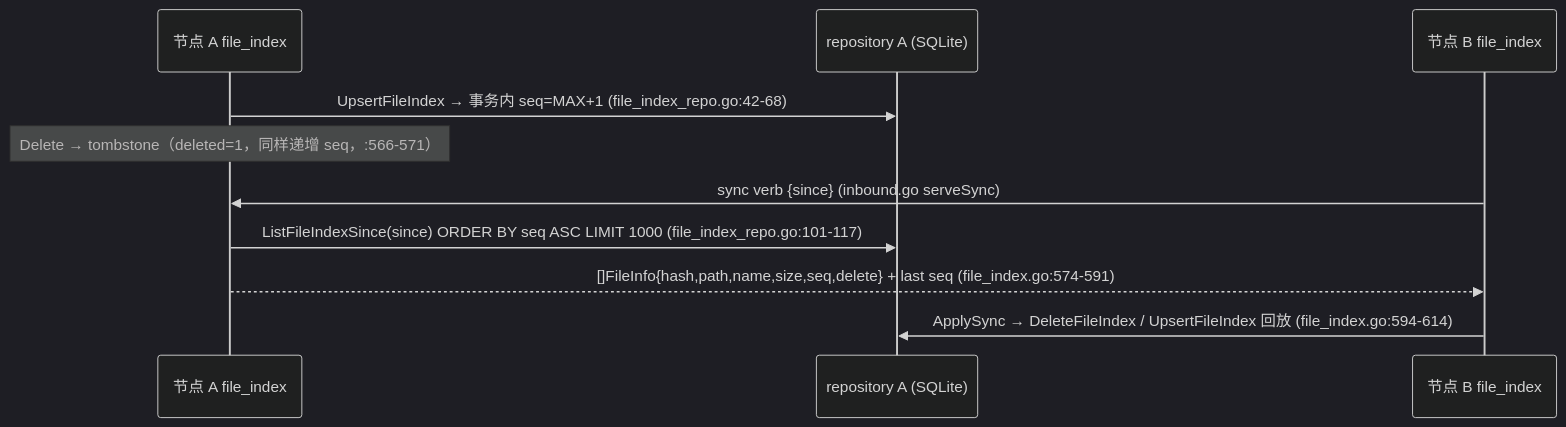
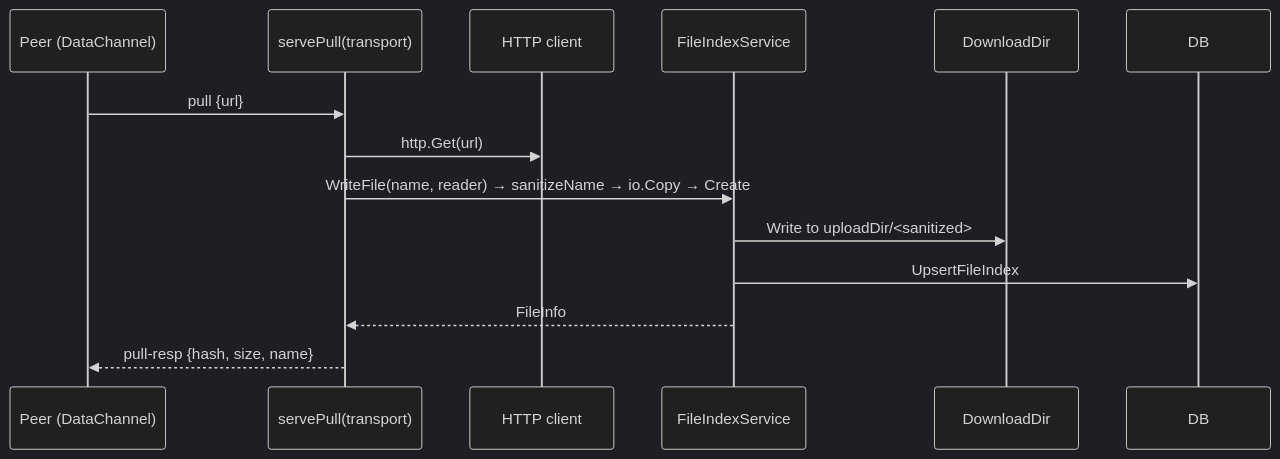
The fourth of 4 diagrams in doc/design/connections/11-transport-storage.md (Hana-ame/peerdrive), drawn with Mermaid (dark theme) before and after one commit. The commit also changed other lines of this file and 357 other files, not shown here.

````diff
--- a/doc/design/connections/11-transport-storage.md
+++ b/doc/design/connections/11-transport-storage.md
@@ -105,13 +157,16 @@
 ```mermaid
 sequenceDiagram
-  participant A as 节点 A file_index
-  participant R as repository A (SQLite)
-  participant B as 节点 B file_index
+  participant Peer as Peer (DataChannel)
+  participant T as servePull(transport)
+  participant HTTP as HTTP client
+  participant FI as FileIndexService
+  participant FS as DownloadDir
 
-  A->>R: UpsertFileIndex → 事务内 seq=MAX+1 (file_index_repo.go:42-68)
-  Note over A: Delete → tombstone（deleted=1，同样递增 seq，:566-571）
-  B->>A: sync verb {since} (inbound.go serveSync)
-  A->>R: ListFileIndexSince(since) ORDER BY seq ASC LIMIT 1000 (file_index_repo.go:101-117)
-  A-->>B: []FileInfo{hash,path,name,size,seq,delete} + last seq (file_index.go:574-591)
-  B->>R: ApplySync → DeleteFileIndex / UpsertFileIndex 回放 (file_index.go:594-614)
+  Peer->>T: pull {url}
+  T->>HTTP: http.Get(url)
+  T->>FI: WriteFile(name, reader) → sanitizeName → io.Copy → Create
+  FI->>FS: Write to uploadDir/<sanitized>
+  FI->>DB: UpsertFileIndex
+  FI-->>T: FileInfo
+  T-->>Peer: pull-resp {hash, size, name}
 ```
````
